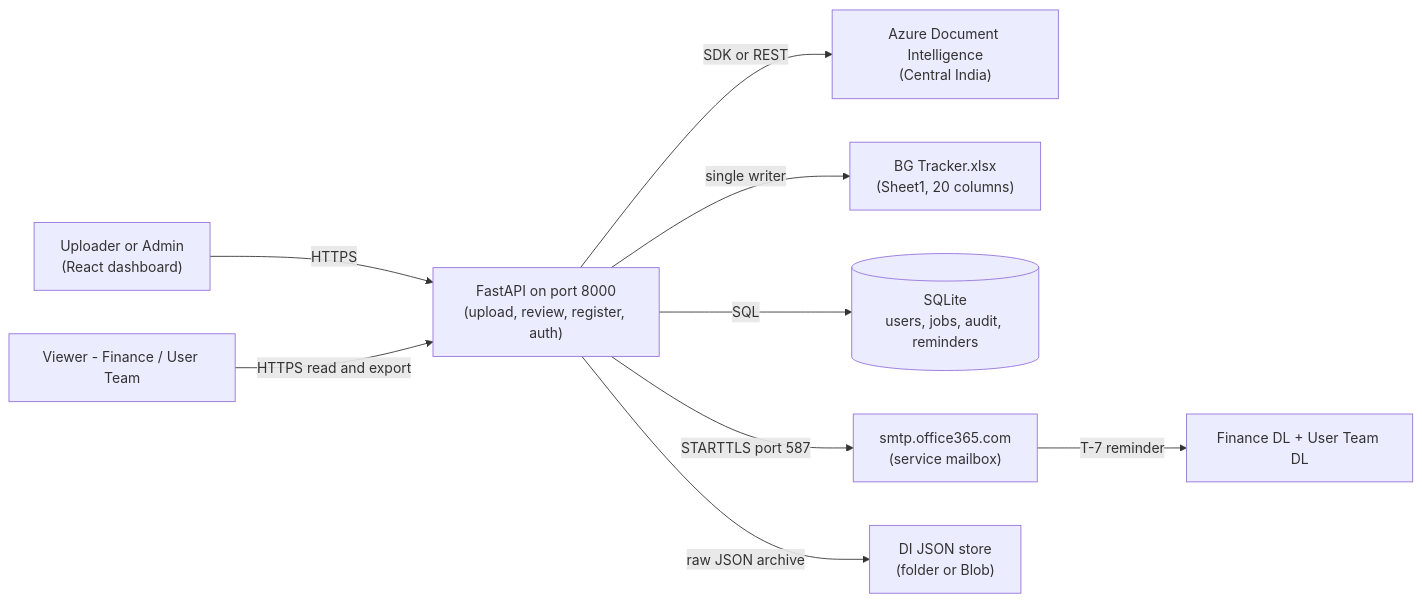
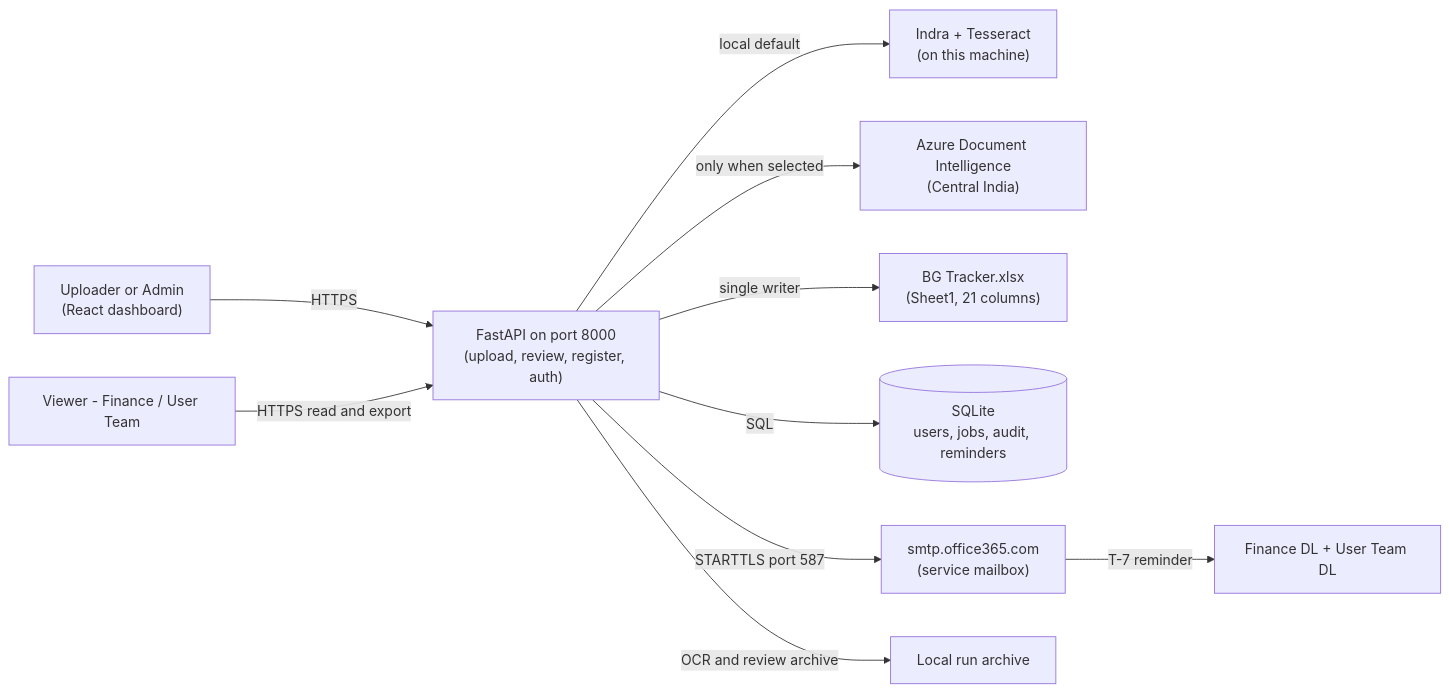
One commit to LaxmiKhilnani-nhit/Bank-Guarantee-Automation changed the first of 3 diagrams in plan/01-architecture.md. Above: the diagram before and after it, drawn with Mermaid. The commit also changed other lines of this file and 58 other files, not shown here.

````diff
--- a/plan/01-architecture.md
+++ b/plan/01-architecture.md
@@ -35,11 +35,12 @@
 ```mermaid
 flowchart LR
   Uploader["Uploader or Admin\n(React dashboard)"] -->|HTTPS| API["FastAPI on port 8000\n(upload, review, register, auth)"]
   Viewer["Viewer - Finance / User Team"] -->|HTTPS read and export| API
-  API -->|SDK or REST| DI["Azure Document Intelligence\n(Central India)"]
-  API -->|single writer| XLSX["BG Tracker.xlsx\n(Sheet1, 20 columns)"]
+  API -->|local default| LOCAL["Indra + Tesseract\n(on this machine)"]
+  API -->|only when selected| DI["Azure Document Intelligence\n(Central India)"]
+  API -->|single writer| XLSX["BG Tracker.xlsx\n(Sheet1, 21 columns)"]
   API -->|SQL| DB[("SQLite\nusers, jobs, audit, reminders")]
   API -->|STARTTLS port 587| SMTP["smtp.office365.com\n(service mailbox)"]
   SMTP -->|T-7 reminder| DL["Finance DL + User Team DL"]
-  API -->|raw JSON archive| STORE["DI JSON store\n(folder or Blob)"]
+  API -->|OCR and review archive| STORE["Local run archive"]
 ```
````
